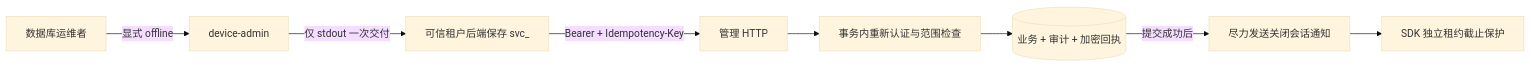
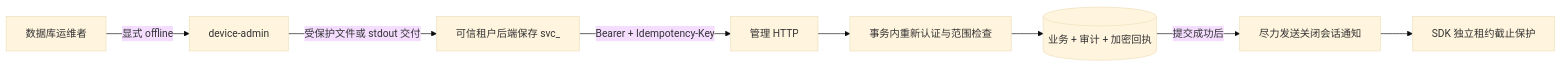
One commit to barry-ran/peerloom changed the first of 2 diagrams in docs/管理服务模块.md. Above: the diagram before and after it, drawn with Mermaid (base theme). The commit also changed other lines of this file, not shown here.

````diff
--- a/docs/管理服务模块.md
+++ b/docs/管理服务模块.md
@@ -13,10 +13,10 @@
 ```mermaid
 flowchart LR
     O[数据库运维者] -->|显式 offline| CLI[device-admin]
-    CLI -->|仅 stdout 一次交付| K[可信租户后端保存 svc_]
+    CLI -->|受保护文件或 stdout 交付| K[可信租户后端保存 svc_]
     K -->|Bearer + Idempotency-Key| API[管理 HTTP]
     API --> A[事务内重新认证与范围检查]
     A --> DB[(业务 + 审计 + 加密回执)]
     DB -->|提交成功后| N[尽力发送关闭会话通知]
     N --> SDK[SDK 独立租约截止保护]
 ```
````
